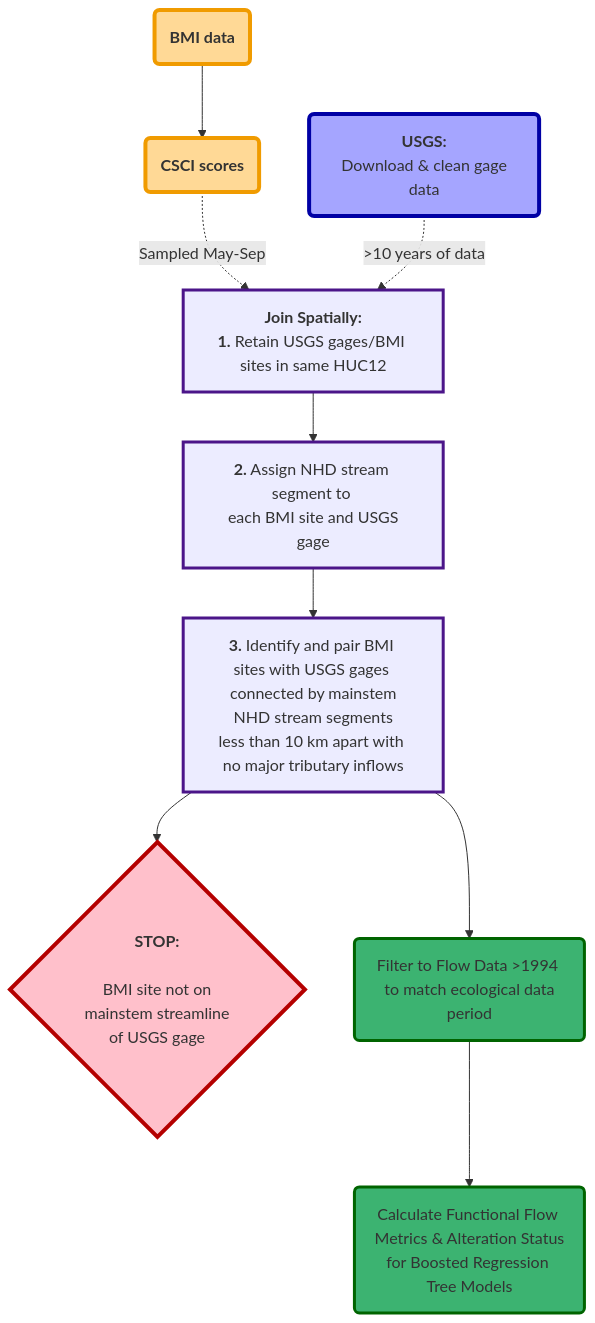
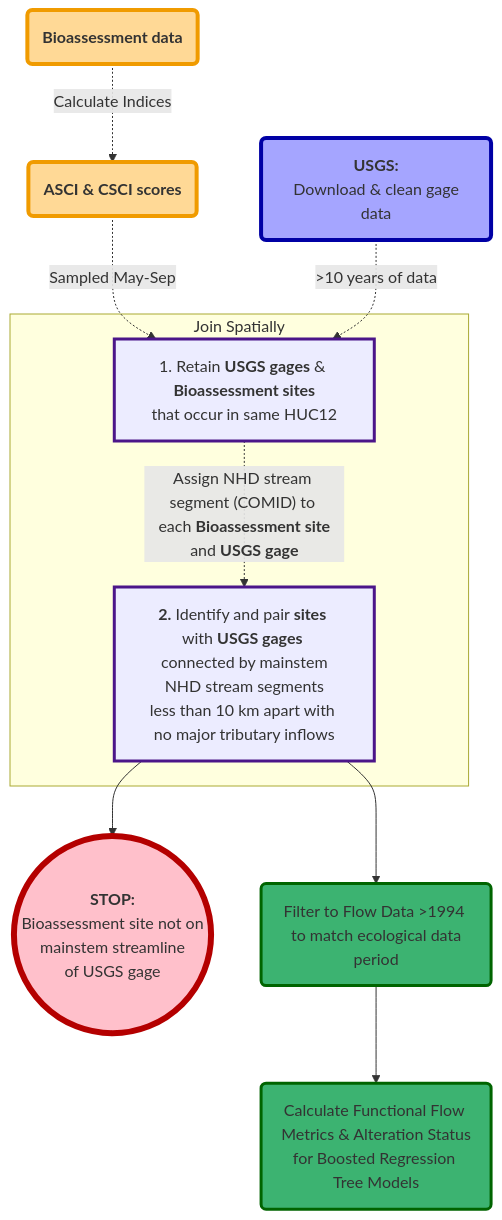
One commit to ceff-tech/bmi_ffm_links changed the diagram in docs/analysis_flowchart_spatial_join.mmd. Above: the diagram before and after it, drawn with Mermaid. The commit also changed 48 other files, not shown here.

```diff
--- a/docs/analysis_flowchart_spatial_join.mmd
+++ b/docs/analysis_flowchart_spatial_join.mmd
@@ -1,18 +1,18 @@
-graph TB;
+graph TB
 style A fill:#ffd996,stroke:#f09b00,stroke-width:4px
 style B fill:#ffd996,stroke:#f09b00,stroke-width:4px
 style C fill:#a5a5ff,stroke:#0000a5,stroke-width:4px
 style D stroke:#4B1589,stroke-width:3px
 style E stroke:#4B1589,stroke-width:3px
-style F stroke:#4B1589,stroke-width:3px
-style G fill:#ffc0cb,stroke:#b40000,stroke-width:4px
+style F fill:#ffc0cb,stroke:#b40000,stroke-width:6px
+style G fill:#3CB371,stroke:#006400,stroke-width:3px
 style H fill:#3CB371,stroke:#006400,stroke-width:3px
-style I fill:#3CB371,stroke:#006400,stroke-width:3px
-  A(<b>BMI data</b>)-->B(<b>CSCI scores</b>)
-  B-.->|Sampled May-Sep| D[<center><b>Join Spatially:</center>1.</b> Retain USGS gages/BMI sites in same HUC12]
+  A(<b>Bioassessment data</b>)-.->|Calculate Indices| B(<b>ASCI & CSCI scores</b>)
+  B-.->|Sampled May-Sep| D[<center>1. Retain <b>USGS gages</b> & <b>Bioassessment sites</b><br>that occur in same HUC12</center>]
   C(<center><b>USGS:</b><br> Download & clean gage data</center>)-.->|>10 years of data| D
-  D--> E[<b>2.</b> Assign NHD stream segment to <br> each BMI site and USGS gage]
-  E--> F[<center><b>3.</b> Identify and pair BMI sites with USGS gages <br> connected by mainstem NHD stream segments<br>less than 10 km apart with no major tributary inflows</center>]
-  F-->G{<center><b>STOP:</b><br><br> BMI site not on <br>mainstem streamline<br>of USGS gage</center>}
-  F--> H(Filter to Flow Data >1994 <br> to match ecological data period)
-  H--> I(<center>Calculate Functional Flow Metrics & Alteration Status<br>for Boosted Regression Tree Models</center>)
+  subgraph Join Spatially
+  D-.->|"Assign NHD stream segment (COMID) to" <br> each <b>Bioassessment site</b> and <b>USGS gage</b>| E[<center><b>2.</b> Identify and pair <b>sites</b> with <b>USGS gages</b> <br> connected by mainstem NHD stream segments<br>less than 10 km apart with no major tributary inflows</center>]
+  end
+  E-->F((<center><b>STOP:</b><br> Bioassessment site not on <br>mainstem streamline<br>of USGS gage</center>))
+  E--> G(Filter to Flow Data >1994 <br> to match ecological data period)
+  G--> H(<center>Calculate Functional Flow Metrics & Alteration Status<br>for Boosted Regression Tree Models</center>)
```
